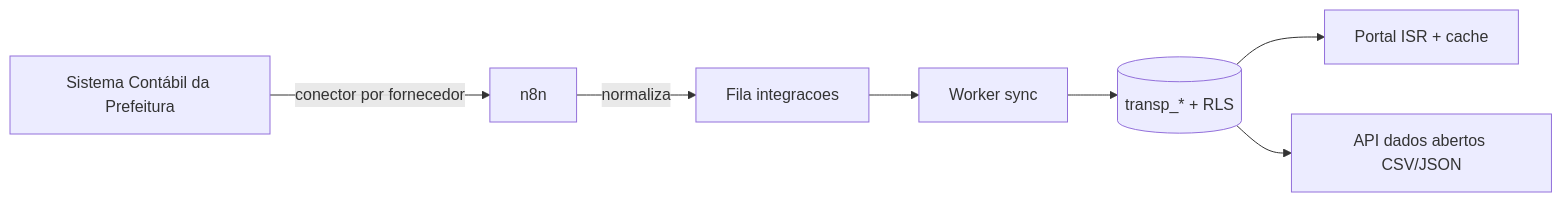
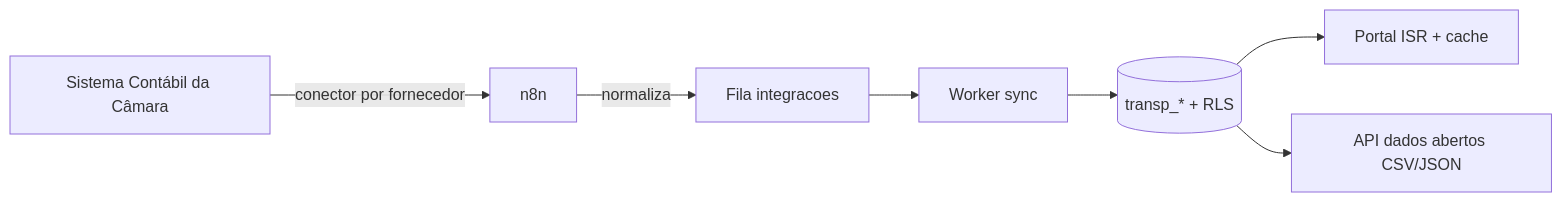
Before and after one commit to lideratecnologiaegestao/PortalCMsLidera: the fifth of 5 diagrams in docs/03-fluxos.md, drawn with Mermaid. The commit also changed 11 other files, not shown here.

````diff
--- a/docs/03-fluxos.md
+++ b/docs/03-fluxos.md
@@ -87,9 +87,9 @@
 ```mermaid
 flowchart LR
-    Cont[Sistema Contábil da Prefeitura] -->|conector por fornecedor| N8N[n8n]
+    Cont[Sistema Contábil da Câmara] -->|conector por fornecedor| N8N[n8n]
     N8N -->|normaliza| Q[Fila integracoes]
     Q --> W[Worker sync]
     W --> DB[(transp_* + RLS)]
     DB --> ISR[Portal ISR + cache]
     DB --> ABERTOS[API dados abertos CSV/JSON]
 ```
````
